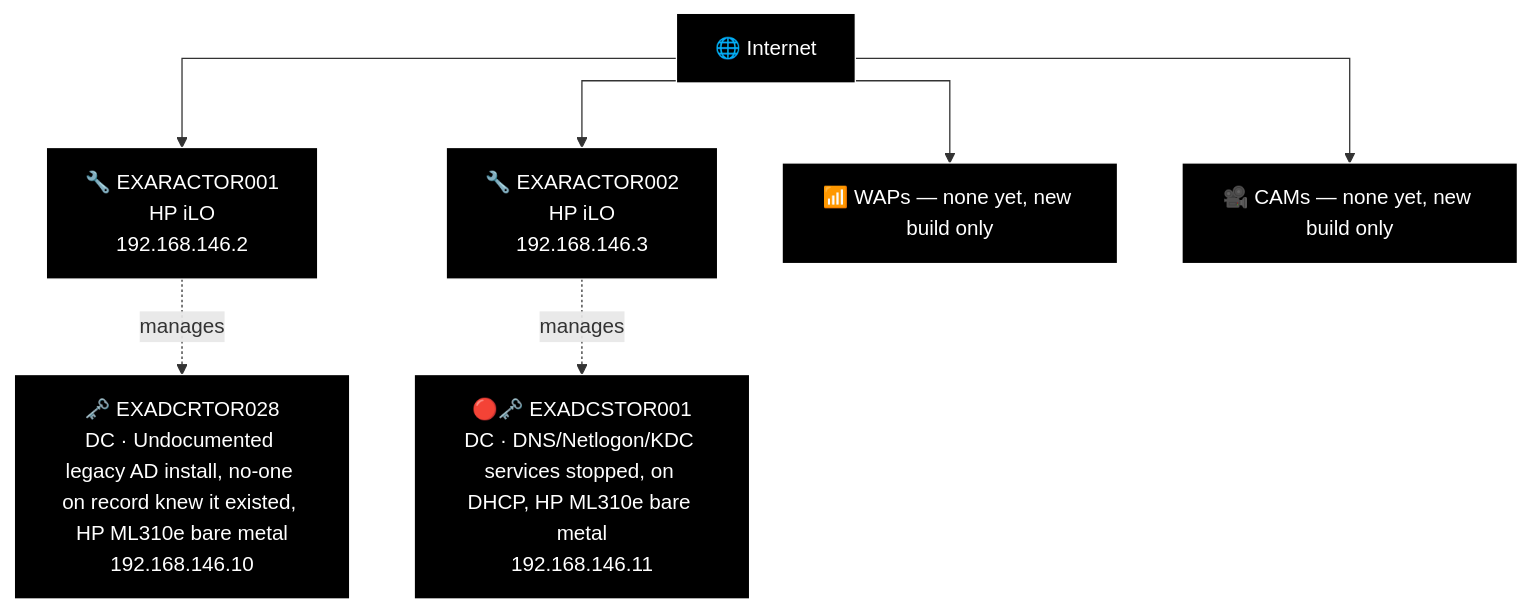
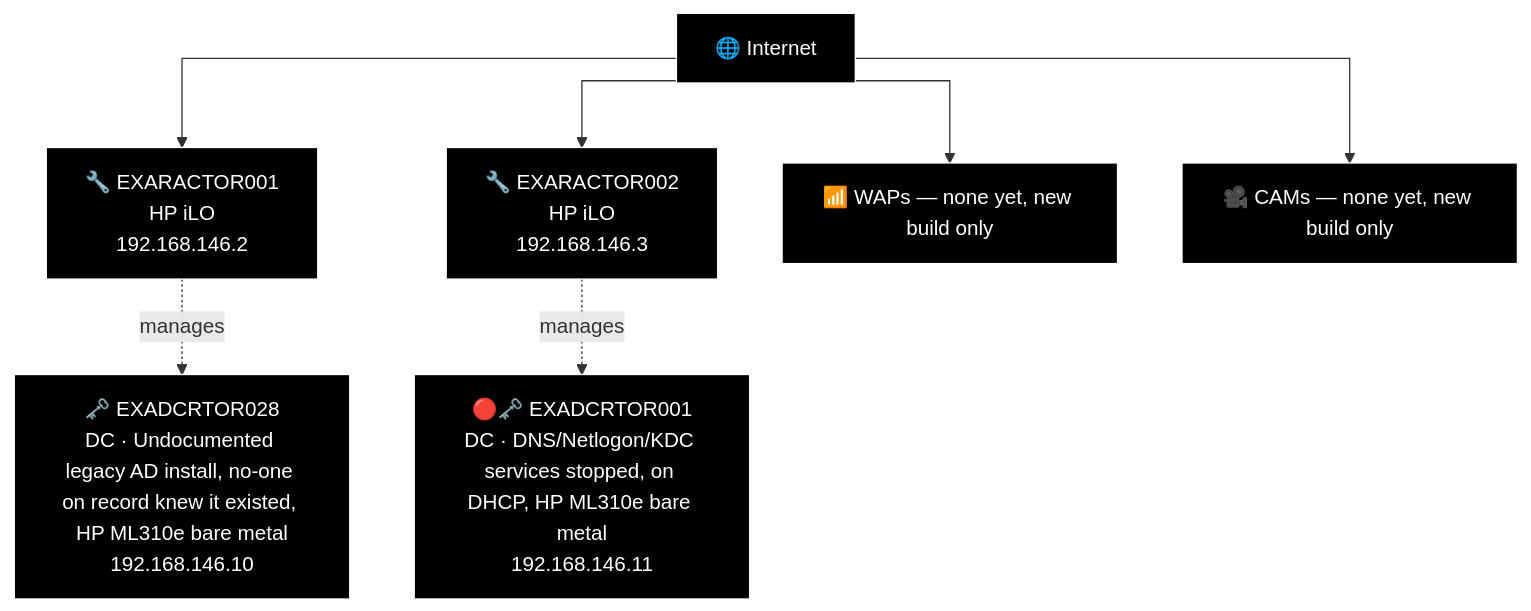
The fourth of 8 diagrams in docs/network-diagram/canada.md (knightmare2600/example_music_infra), drawn with Mermaid before and after one commit. The commit also changed other lines of this file and 8 other files, not shown here.

````diff
--- a/docs/network-diagram/canada.md
+++ b/docs/network-diagram/canada.md
@@ -219,27 +209,27 @@
 ```mermaid
 %%{init: {'flowchart': {'curve': 'stepAfter'}}}%%
 graph TD
     O_INET["🌐 Internet"]
     O_RAC1["🔧 EXARACTOR001<br/>HP iLO<br/>192.168.146.2"]
     O_DCR["🗝️ EXADCRTOR028<br/>DC · Undocumented legacy AD install, no-one on record knew it existed, HP ML310e bare metal<br/>192.168.146.10"]
     O_RAC1 -.->|"manages"| O_DCR
     O_INET --> O_RAC1
 
     O_RAC2["🔧 EXARACTOR002<br/>HP iLO<br/>192.168.146.3"]
-    O_DC["🔴🗝️ EXADCSTOR001<br/>DC · DNS/Netlogon/KDC services stopped, on DHCP, HP ML310e bare metal<br/>192.168.146.11"]
+    O_DC["🔴🗝️ EXADCRTOR001<br/>DC · DNS/Netlogon/KDC services stopped, on DHCP, HP ML310e bare metal<br/>192.168.146.11"]
     O_RAC2 -.->|"manages"| O_DC
     O_INET --> O_RAC2
 
     O_WAP["📶 WAPs — none yet, new build only"]
     O_CAM["🎥 CAMs — none yet, new build only"]
     O_INET --> O_WAP
     O_INET --> O_CAM
 
     style O_INET fill:#000000,stroke:#FFFFFF,color:#FFFFFF
     style O_RAC1 fill:#000000,stroke:#FFFFFF,color:#FFFFFF
     style O_DCR fill:#000000,stroke:#FFFFFF,color:#FFFFFF
     style O_RAC2 fill:#000000,stroke:#FFFFFF,color:#FFFFFF
     style O_DC fill:#000000,stroke:#FFFFFF,color:#FFFFFF
     style O_WAP fill:#000000,stroke:#FFFFFF,color:#FFFFFF
     style O_CAM fill:#000000,stroke:#FFFFFF,color:#FFFFFF
 ```
````
